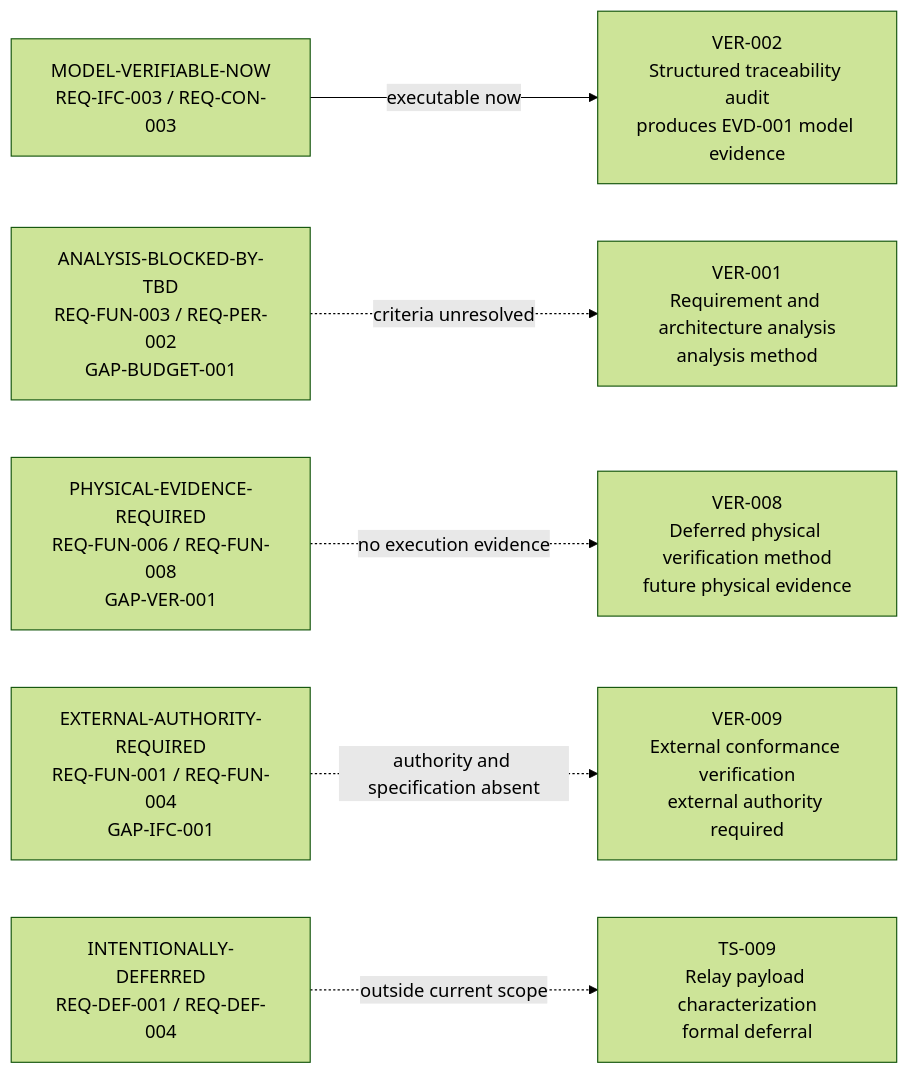
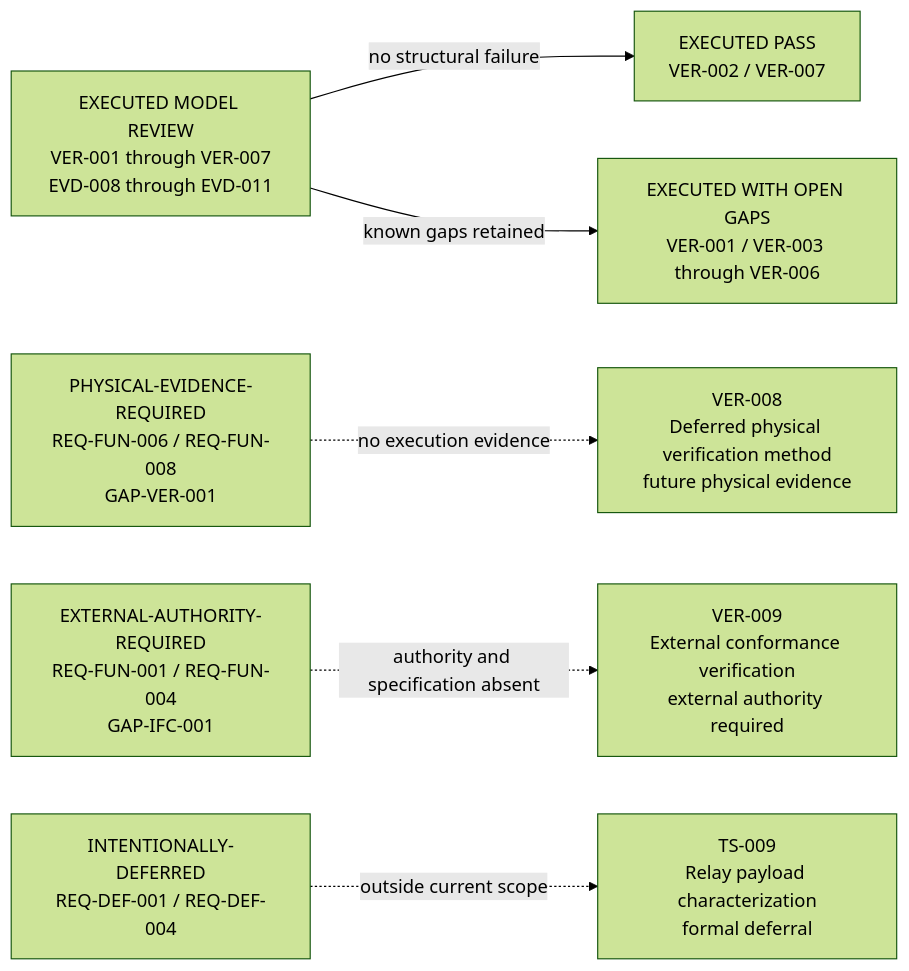
Diagram 20 of 22 in reports/architecture-views.md (noahstephenson/low-cost-relay-uas), drawn with Mermaid (forest theme) before and after one commit. The commit also changed other lines of this file and 11 other files, not shown here.

Commit message:
Record internal architecture verification baseline

````diff
--- a/reports/architecture-views.md
+++ b/reports/architecture-views.md
@@ -460,19 +497,18 @@
 ```mermaid
 flowchart LR
     %% Configuration scope: CFG-REP / CFG-DOM with project-scope deferrals
-    MODEL_NOW["MODEL-VERIFIABLE-NOW<br/>REQ-IFC-003 / REQ-CON-003"]
-    ANALYSIS_TBD["ANALYSIS-BLOCKED-BY-TBD<br/>REQ-FUN-003 / REQ-PER-002<br/>GAP-BUDGET-001"]
+    EXECUTED["EXECUTED MODEL REVIEW<br/>VER-001 through VER-007<br/>EVD-008 through EVD-011"]
+    PASS["EXECUTED PASS<br/>VER-002 / VER-007"]
+    OPEN["EXECUTED WITH OPEN GAPS<br/>VER-001 / VER-003 through VER-006"]
     PHYSICAL["PHYSICAL-EVIDENCE-REQUIRED<br/>REQ-FUN-006 / REQ-FUN-008<br/>GAP-VER-001"]
     EXTERNAL["EXTERNAL-AUTHORITY-REQUIRED<br/>REQ-FUN-001 / REQ-FUN-004<br/>GAP-IFC-001"]
     DEFERRED["INTENTIONALLY-DEFERRED<br/>REQ-DEF-001 / REQ-DEF-004"]
-    VER_002["VER-002<br/>Structured traceability audit<br/>produces EVD-001 model evidence"]
-    VER_001["VER-001<br/>Requirement and architecture analysis<br/>analysis method"]
     VER_008["VER-008<br/>Deferred physical verification method<br/>future physical evidence"]
     VER_009["VER-009<br/>External conformance verification<br/>external authority required"]
     TS_009["TS-009<br/>Relay payload characterization<br/>formal deferral"]
-    MODEL_NOW -->|"executable now"| VER_002
-    ANALYSIS_TBD -.->|"criteria unresolved"| VER_001
+    EXECUTED -->|"no structural failure"| PASS
+    EXECUTED -->|"known gaps retained"| OPEN
     PHYSICAL -.->|"no execution evidence"| VER_008
     EXTERNAL -.->|"authority and specification absent"| VER_009
     DEFERRED -.->|"outside current scope"| TS_009
 ```
````
